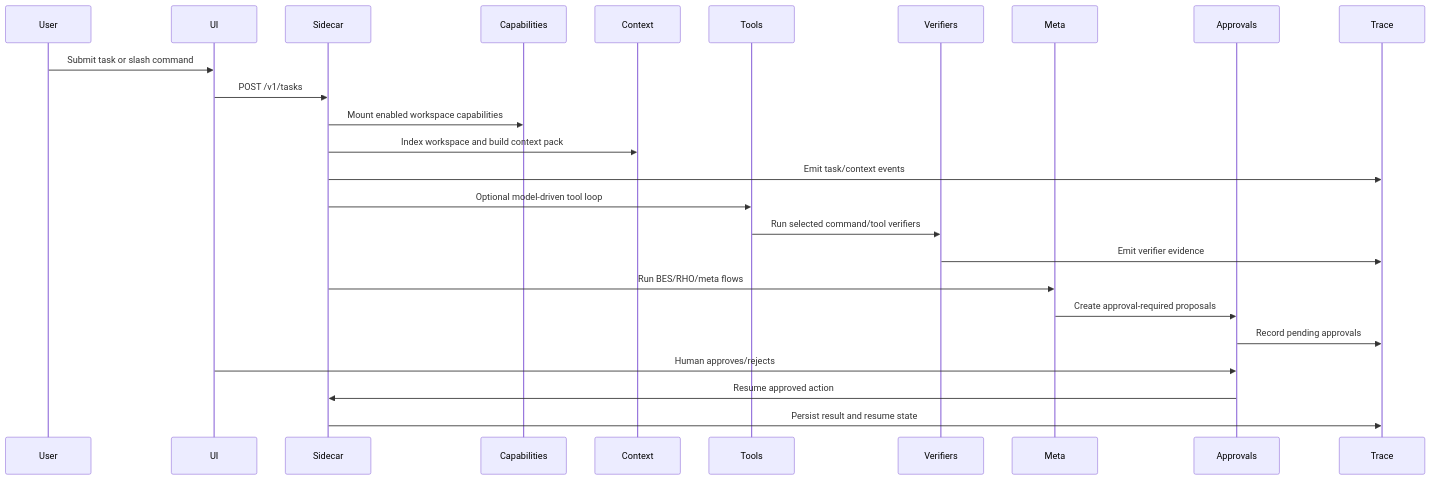
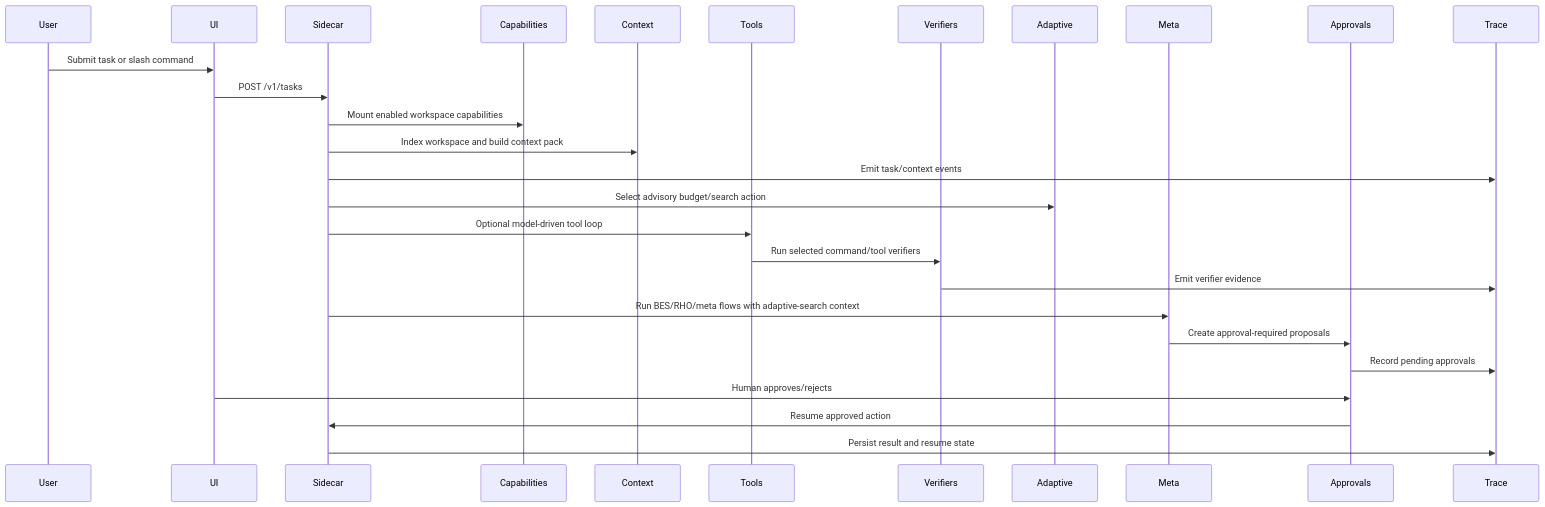
The second of 9 diagrams in docs/architecture/feature-architecture-map.md (PhantomG27249/helios-forge), drawn with Mermaid before and after one commit. The commit also changed other lines of this file, not shown here.

Commit message:
docs: explain adaptive swarm meta architecture

````diff
--- a/docs/architecture/feature-architecture-map.md
+++ b/docs/architecture/feature-architecture-map.md
@@ -101,28 +113,30 @@
 ```mermaid
 sequenceDiagram
   participant User
   participant UI
   participant Sidecar
   participant Capabilities
   participant Context
   participant Tools
   participant Verifiers
+  participant Adaptive
   participant Meta
   participant Approvals
   participant Trace
 
   User->>UI: Submit task or slash command
   UI->>Sidecar: POST /v1/tasks
   Sidecar->>Capabilities: Mount enabled workspace capabilities
   Sidecar->>Context: Index workspace and build context pack
   Sidecar->>Trace: Emit task/context events
+  Sidecar->>Adaptive: Select advisory budget/search action
   Sidecar->>Tools: Optional model-driven tool loop
   Tools->>Verifiers: Run selected command/tool verifiers
   Verifiers->>Trace: Emit verifier evidence
-  Sidecar->>Meta: Run BES/RHO/meta flows
+  Sidecar->>Meta: Run BES/RHO/meta flows with adaptive-search context
   Meta->>Approvals: Create approval-required proposals
   Approvals->>Trace: Record pending approvals
   UI->>Approvals: Human approves/rejects
   Approvals->>Sidecar: Resume approved action
   Sidecar->>Trace: Persist result and resume state
 ```
````
